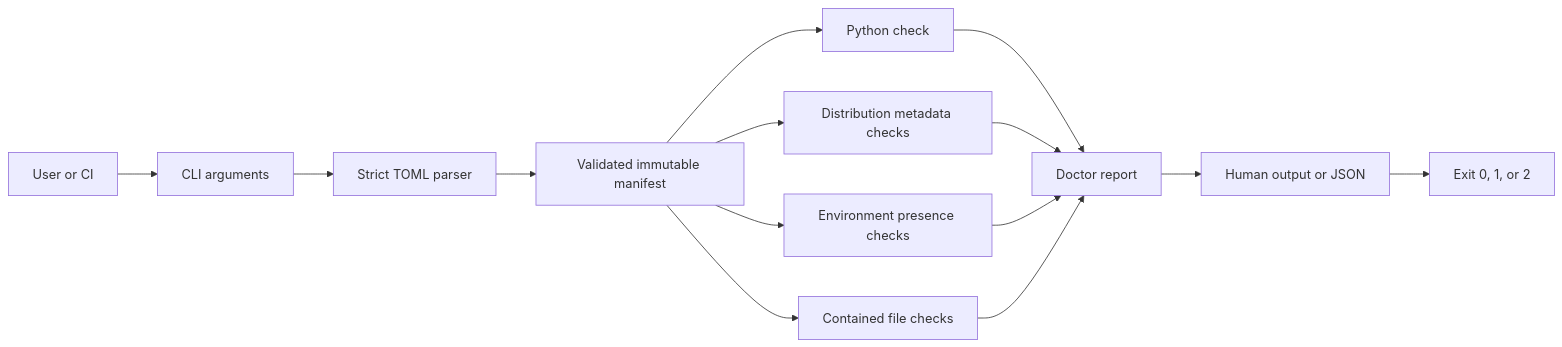
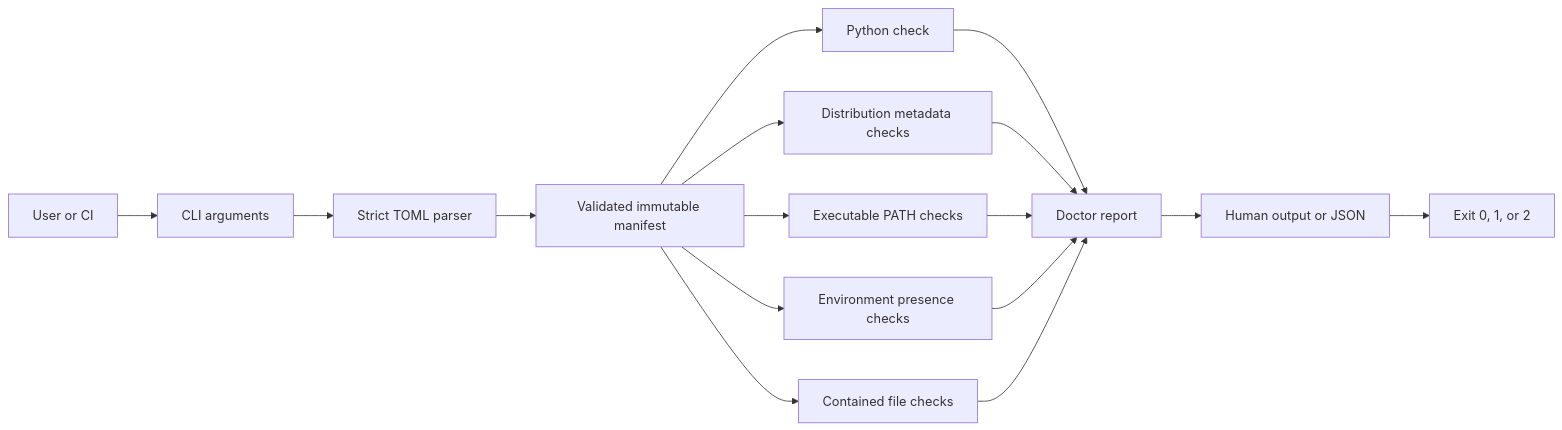
One commit to Deathcharge/samsarix-platform changed the diagram in docs/ARCHITECTURE.md. Above: the diagram before and after it, drawn with Mermaid. The commit also changed other lines of this file and 23 other files, not shown here.

````diff
--- a/docs/ARCHITECTURE.md
+++ b/docs/ARCHITECTURE.md
@@ -7,16 +7,18 @@
 ```mermaid
 flowchart LR
     A["User or CI"] --> B["CLI arguments"]
     B --> C["Strict TOML parser"]
     C --> D["Validated immutable manifest"]
     D --> E["Python check"]
     D --> F["Distribution metadata checks"]
-    D --> G["Environment presence checks"]
-    D --> H["Contained file checks"]
+    D --> G["Executable PATH checks"]
+    D --> H["Environment presence checks"]
+    D --> L["Contained file checks"]
     E --> I["Doctor report"]
     F --> I
     G --> I
     H --> I
+    L --> I
     I --> J["Human output or JSON"]
     J --> K["Exit 0, 1, or 2"]
 ```
````
